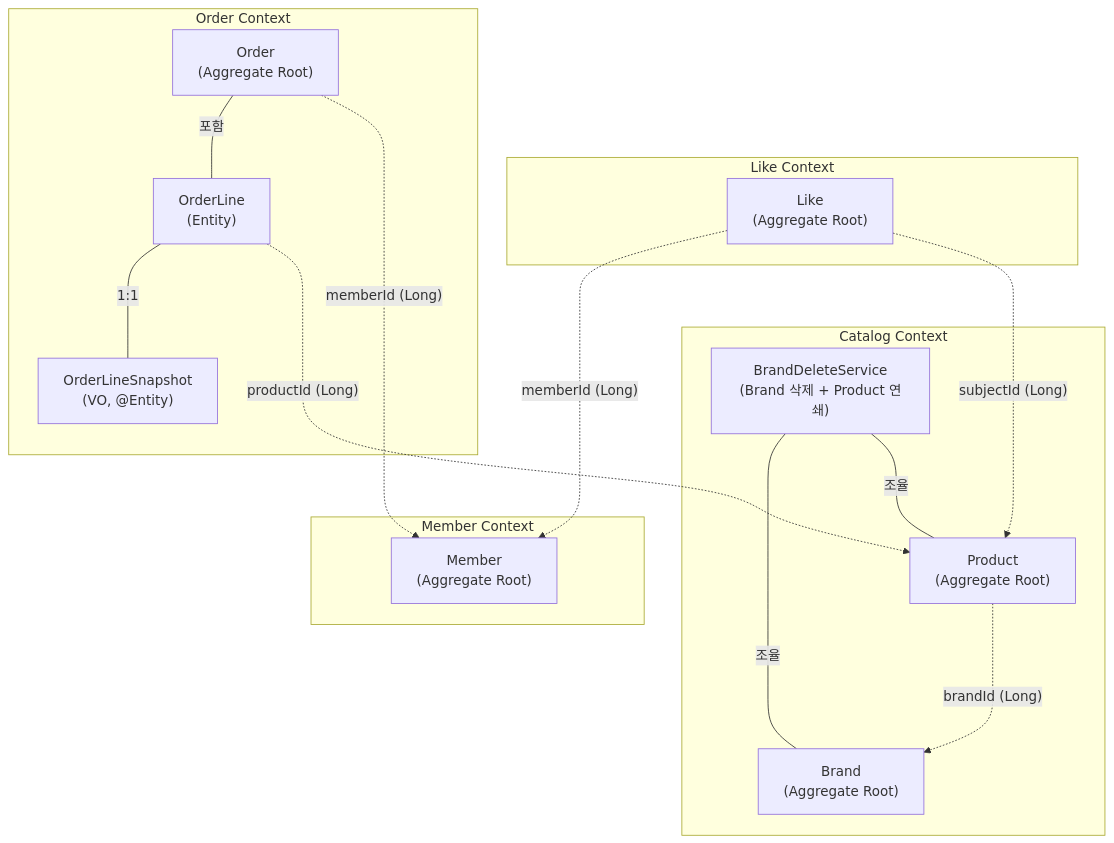
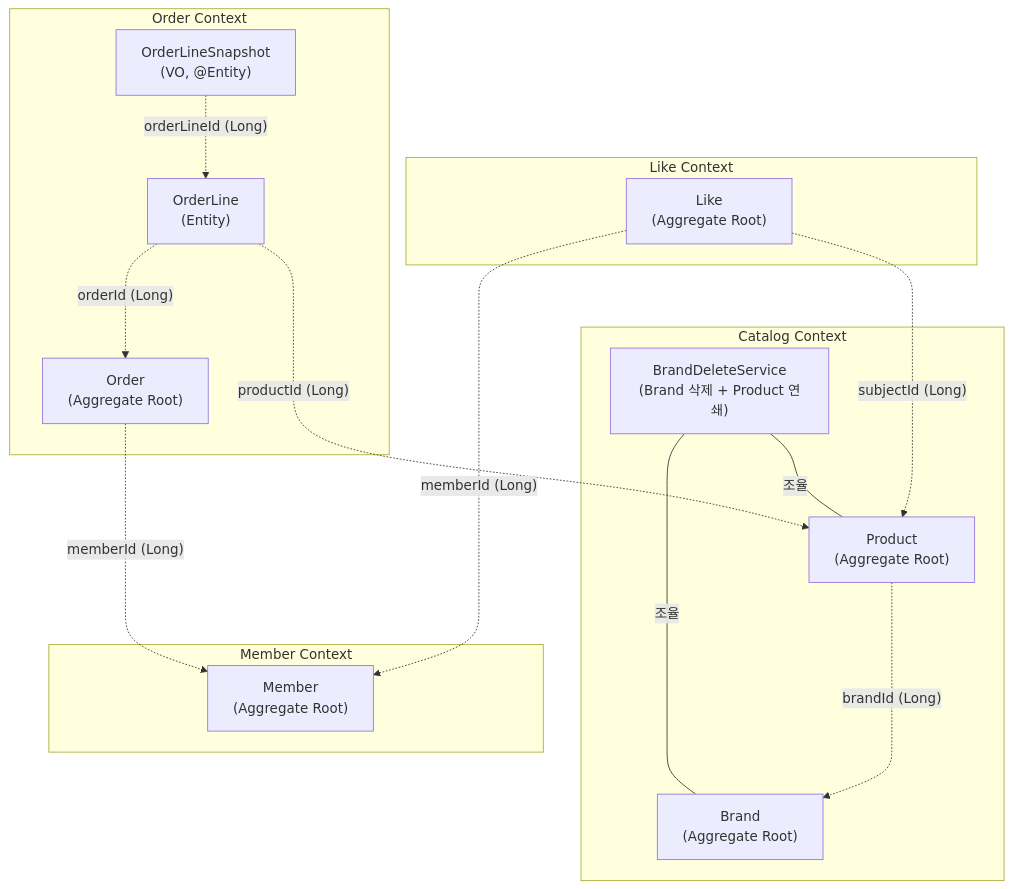
The fifth of 8 diagrams in docs/design/06-architecture.md (APapeIsName/loop-pack-be-l2-vol3-java), drawn with Mermaid before and after one commit. The commit also changed other lines of this file and 37 other files, not shown here.

````diff
--- a/docs/design/06-architecture.md
+++ b/docs/design/06-architecture.md
@@ -548,32 +548,32 @@
 ```mermaid
 graph TB
     subgraph MemberBC["Member Context"]
         M["Member\n(Aggregate Root)"]
     end
 
     subgraph CatalogBC["Catalog Context"]
         B["Brand\n(Aggregate Root)"]
         P["Product\n(Aggregate Root)"]
         CDS["BrandDeleteService\n(Brand 삭제 + Product 연쇄)"]
         CDS ---|"조율"| B
         CDS ---|"조율"| P
     end
 
     subgraph LikeBC["Like Context"]
         L["Like\n(Aggregate Root)"]
     end
 
     subgraph OrderBC["Order Context"]
         O["Order\n(Aggregate Root)"]
         OL["OrderLine\n(Entity)"]
         OLS["OrderLineSnapshot\n(VO, @Entity)"]
-        O ---|"포함"| OL
-        OL ---|"1:1"| OLS
+        OL -.->|"orderId (Long)"| O
+        OLS -.->|"orderLineId (Long)"| OL
     end
 
     P -..->|"brandId (Long)"| B
     L -..->|"memberId (Long)"| M
     L -..->|"subjectId (Long)"| P
     O -..->|"memberId (Long)"| M
     OL -..->|"productId (Long)"| P
 ```
````
